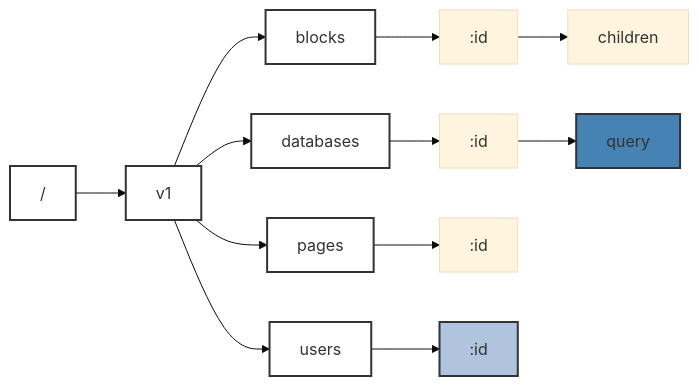
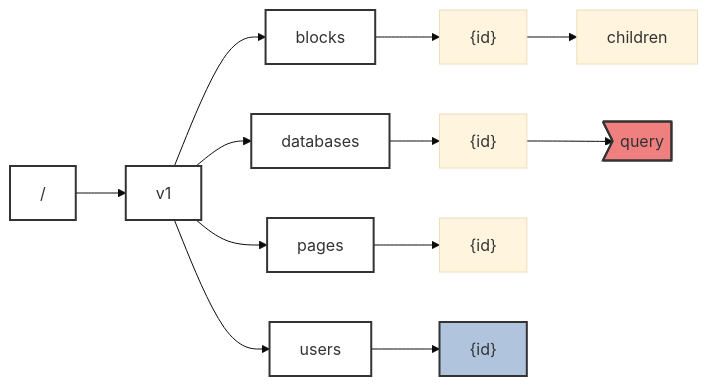
One commit to darrelmiller/openapi-collection changed the diagram in ApiDiagrams/notion.md. Above: the diagram before and after it, drawn with Mermaid (base theme). The commit also changed other lines of this file and 25 other files, not shown here.

````diff
--- a/ApiDiagrams/notion.md
+++ b/ApiDiagrams/notion.md
@@ -14,34 +16,35 @@
 ```mermaid
 graph LR
-classDef GET fill:lightSteelBlue,stroke:#333,stroke-width:2px;
-classDef POST fill:SteelBlue,stroke:#333,stroke-width:2px;
-classDef GETPOST fill:forestGreen,stroke:#333,stroke-width:2px;
-classDef DELETEGETPATCH fill:yellowGreen,stroke:#333,stroke-width:2px;
-classDef DELETEGETPUT fill:olive,stroke:#333,stroke-width:2px;
-classDef DELETEGET fill:DarkSeaGreen,stroke:#333,stroke-width:2px;
-classDef DELETE fill:tomato,stroke:#333,stroke-width:2px;
-classDef OTHER fill:white,stroke:#333,stroke-width:2px;
-/ --> /v1[v1]
-/v1 --> /v1/blocks[blocks]
-/v1/blocks --> /v1/blocks/:id[:id]
-/v1/blocks/:id --> /v1/blocks/:id/children[children]
-class /v1/blocks/:id/children GETPATCH
-class /v1/blocks/:id GETPATCH
+classDef GET fill:lightSteelBlue,stroke:#333,stroke-width:2px
+classDef POST fill:Lightcoral,stroke:#333,stroke-width:2px
+classDef GET_POST fill:forestGreen,stroke:#333,stroke-width:2px
+classDef DELETE_GET_PATCH fill:yellowGreen,stroke:#333,stroke-width:2px
+classDef DELETE_GET_PATCH_PUT fill:oliveDrab,stroke:#333,stroke-width:2px
+classDef DELETE_GET_PUT fill:olive,stroke:#333,stroke-width:2px
+classDef DELETE_GET fill:DarkSeaGreen,stroke:#333,stroke-width:2px
+classDef DELETE fill:Tomato,stroke:#333,stroke-width:2px
+classDef OTHER fill:White,stroke:#333,stroke-width:2px
+/["/"] --> /v1["v1"]
+/v1["v1"] --> /v1/blocks["blocks"]
+/v1/blocks["blocks"] --> /v1/blocks/:id["{id}"]
+/v1/blocks/:id["{id}"] --> /v1/blocks/:id/children["children"]
+class /v1/blocks/:id/children GET_PATCH
+class /v1/blocks/:id GET_PATCH
 class /v1/blocks OTHER
-/v1 --> /v1/databases[databases]
-/v1/databases --> /v1/databases/:id[:id]
-/v1/databases/:id --> /v1/databases/:id/query[query]
+/v1["v1"] --> /v1/databases["databases"]
+/v1/databases["databases"] --> /v1/databases/:id["{id}"]
+/v1/databases/:id["{id}"] --> /v1/databases/:id/query>"query"]
 class /v1/databases/:id/query POST
-class /v1/databases/:id GETPATCH
+class /v1/databases/:id GET_PATCH
 class /v1/databases OTHER
-/v1 --> /v1/pages[pages]
-/v1/pages --> /v1/pages/:id[:id]
-class /v1/pages/:id GETPATCH
+/v1["v1"] --> /v1/pages["pages"]
+/v1/pages["pages"] --> /v1/pages/:id["{id}"]
+class /v1/pages/:id GET_PATCH
 class /v1/pages OTHER
-/v1 --> /v1/users[users]
-/v1/users --> /v1/users/:id[:id]
+/v1["v1"] --> /v1/users["users"]
+/v1/users["users"] --> /v1/users/:id["{id}"]
 class /v1/users/:id GET
 class /v1/users OTHER
 class /v1 OTHER
 class / OTHER
 ```
````
